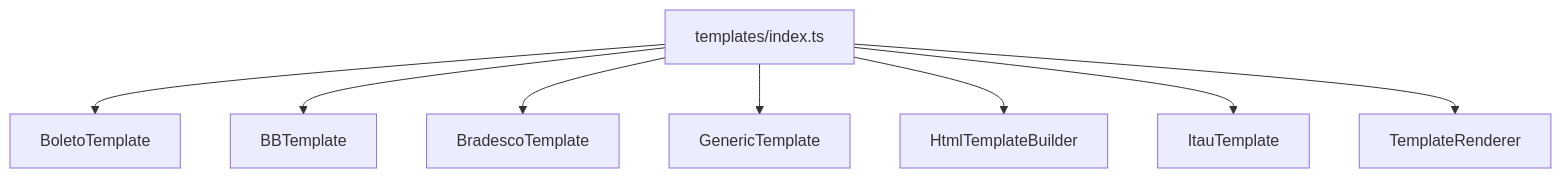
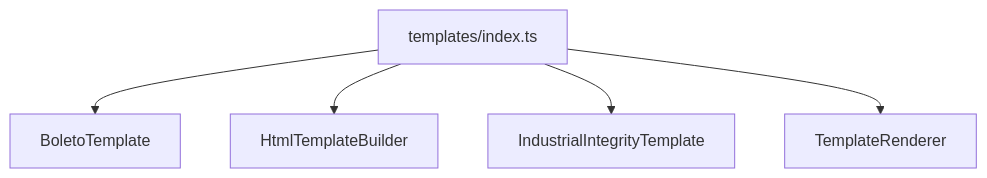
The diagram in src/templates/index.doc.md (linkiez/BoletoSDK), drawn with Mermaid before and after one commit. The commit also changed other lines of this file and 20 other files, not shown here.

Commit message:
feat: migrate boleto rendering to industrial integrity template

````diff
--- a/src/templates/index.doc.md
+++ b/src/templates/index.doc.md
@@ -30,10 +27,7 @@
 ```mermaid
 flowchart TD
   A[templates/index.ts] --> B[BoletoTemplate]
-  A --> C[BBTemplate]
-  A --> D[BradescoTemplate]
-  A --> E[GenericTemplate]
-  A --> F[HtmlTemplateBuilder]
-  A --> G[ItauTemplate]
-  A --> H[TemplateRenderer]
+  A --> C[HtmlTemplateBuilder]
+  A --> D[IndustrialIntegrityTemplate]
+  A --> E[TemplateRenderer]
 ```
````
